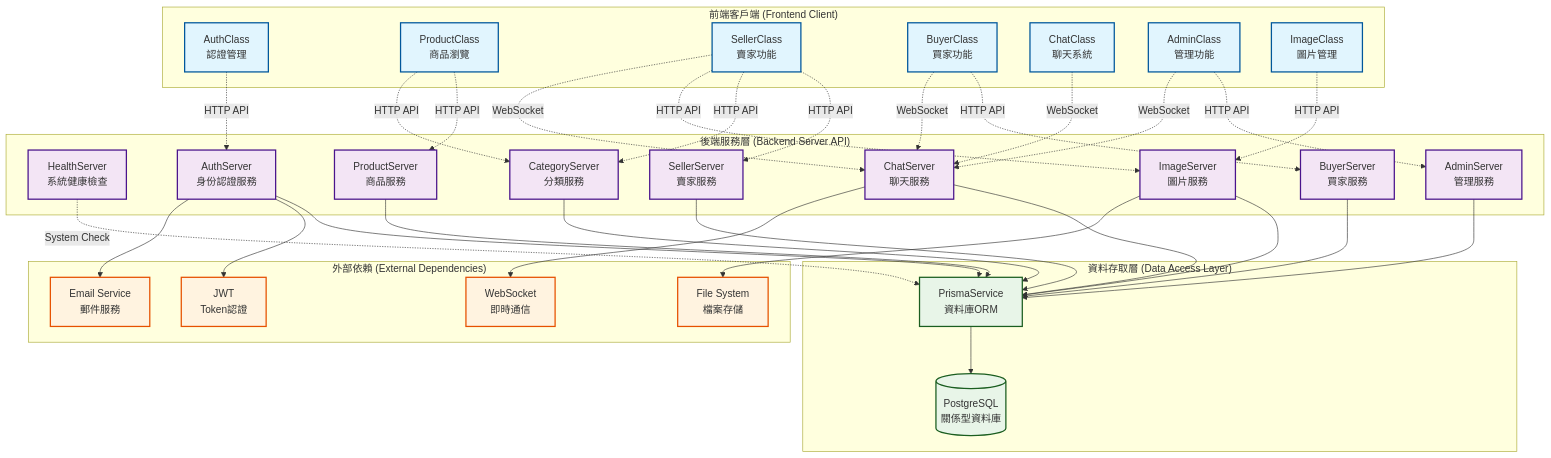
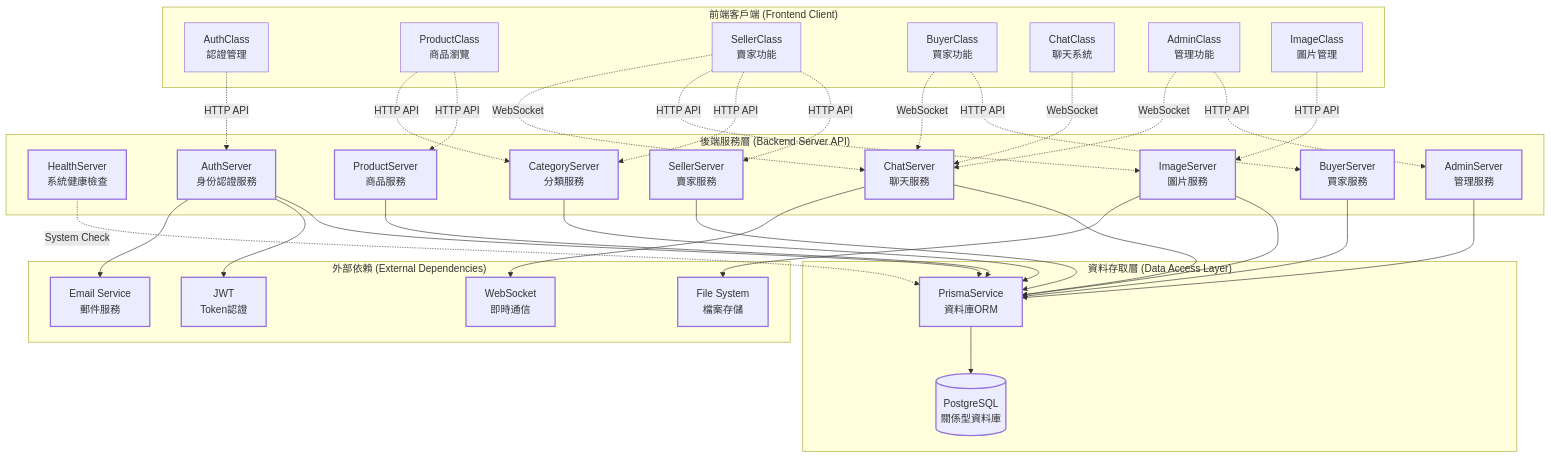
One commit to Damian-Hsu/Mobile_Commerce_Final_Projec_Zipperoo changed the third of 5 diagrams in README.md. Above: the diagram before and after it, drawn with Mermaid.

Commit message:
< BACK: v1.4.0 | FRONT v1.3.0 > : [update] SystemDesign

```diff
--- a/README.md
+++ b/README.md
@@ -625,10 +625,10 @@
     %% 系統健康檢查
     HealthServer -.->|System Check| PrismaService
     
-    classDef frontend fill:#e1f5fe,stroke:#01579b,stroke-width:2px
-    classDef backend fill:#f3e5f5,stroke:#4a148c,stroke-width:2px
-    classDef database fill:#e8f5e8,stroke:#1b5e20,stroke-width:2px
-    classDef external fill:#fff3e0,stroke:#e65100,stroke-width:2px
+    classDef frontend fstroke-width:2px
+    classDef backend stroke-width:2px
+    classDef database stroke-width:2px
+    classDef external stroke-width:2px
     
     class AuthClass,ProductClass,SellerClass,BuyerClass,ChatClass,AdminClass,ImageClass frontend
     class HealthServer,AuthServer,ProductServer,CategoryServer,SellerServer,BuyerServer,ChatServer,ImageServer,AdminServer backend
```
